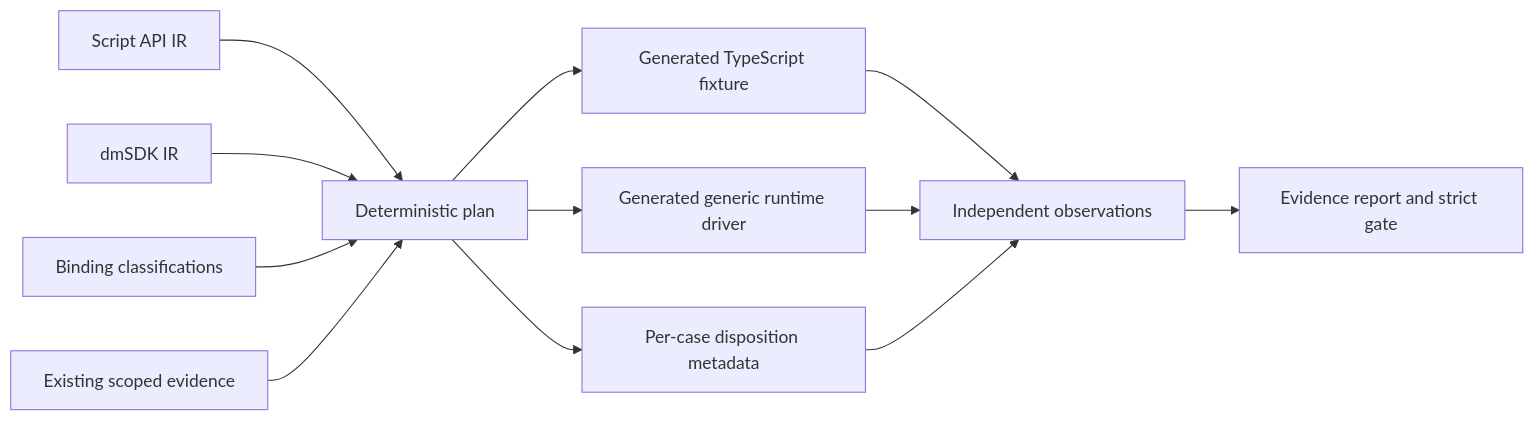
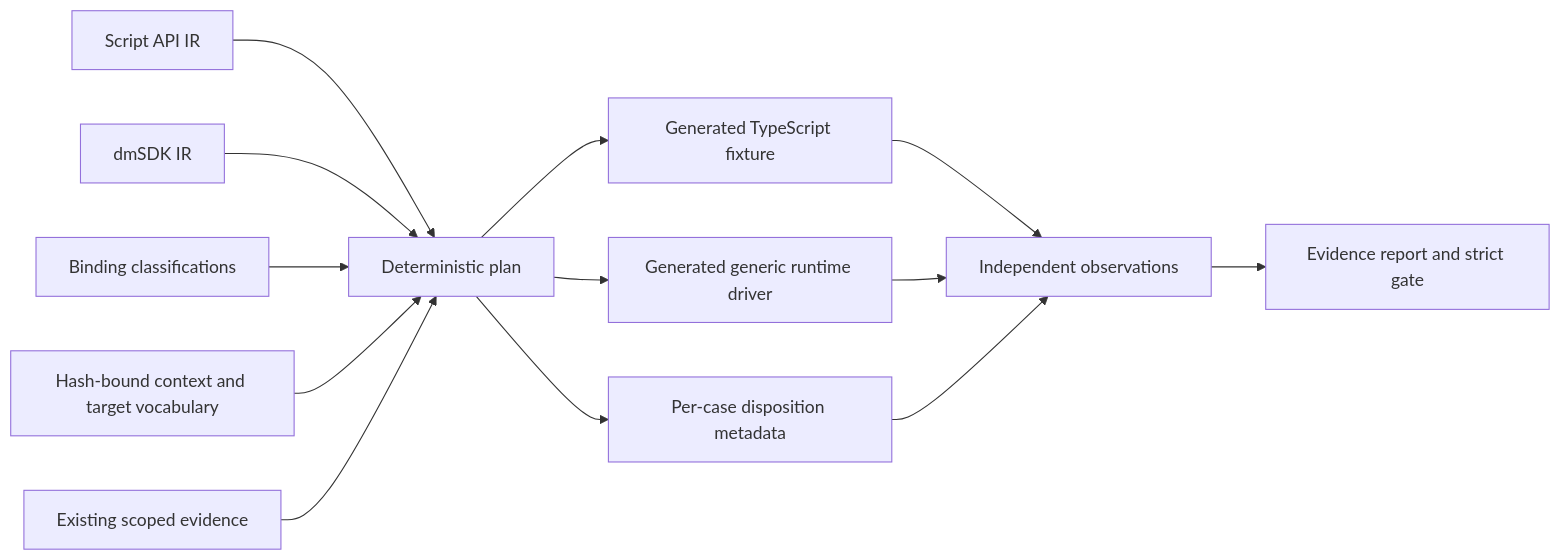
The diagram in .agents/docs/research/api-conformance-harness.md (ts-defold/deherm), drawn with Mermaid before and after one commit. The commit also changed other lines of this file and 73 other files, not shown here.

````diff
--- a/.agents/docs/research/api-conformance-harness.md
+++ b/.agents/docs/research/api-conformance-harness.md
@@ -44,14 +44,15 @@
 ```mermaid
 flowchart LR
     SIR[Script API IR] --> PLAN[Deterministic plan]
     DIR[dmSDK IR] --> PLAN
     CLASS[Binding classifications] --> PLAN
+    POLICY[Hash-bound context and target vocabulary] --> PLAN
     EVIDENCE[Existing scoped evidence] --> PLAN
     PLAN --> TS[Generated TypeScript fixture]
     PLAN --> RUN[Generated generic runtime driver]
     PLAN --> META[Per-case disposition metadata]
     TS --> OBS[Independent observations]
     RUN --> OBS
     META --> OBS
     OBS --> REPORT[Evidence report and strict gate]
 ```
````
